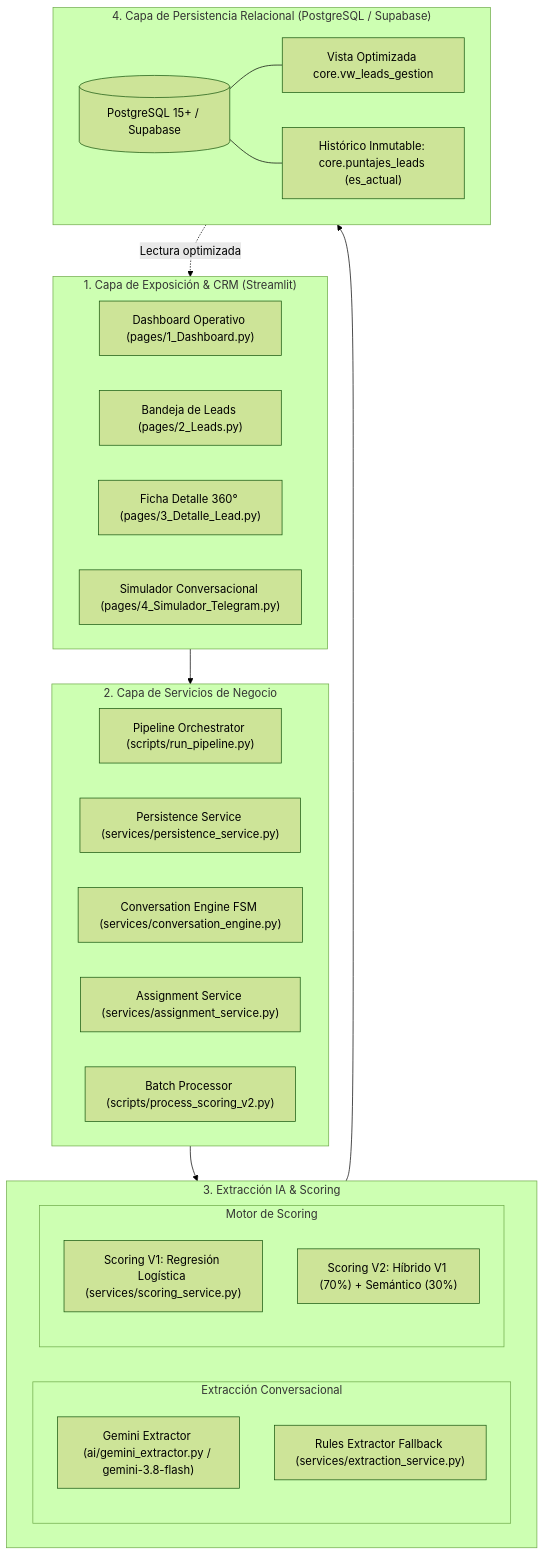
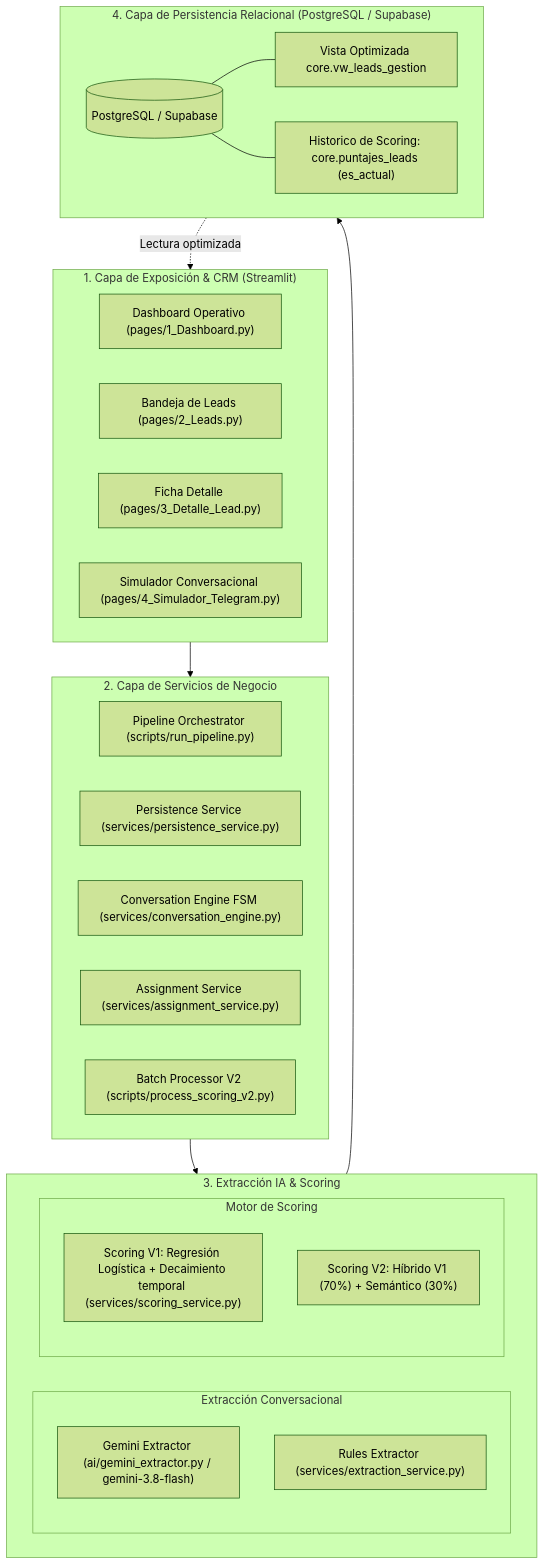
Before and after one commit to c-c23/motos-AI: the first of 5 diagrams in README.md, drawn with Mermaid (forest theme). The commit also changed other lines of this file and 2 other files, not shown here.

````diff
--- a/README.md
+++ b/README.md
@@ -71,41 +71,41 @@
 ```mermaid
 flowchart TD
     subgraph UI["1. Capa de Exposición & CRM (Streamlit)"]
         DASH["Dashboard Operativo (pages/1_Dashboard.py)"]
         QUEUE["Bandeja de Leads (pages/2_Leads.py)"]
-        DET["Ficha Detalle 360° (pages/3_Detalle_Lead.py)"]
+        DET["Ficha Detalle (pages/3_Detalle_Lead.py)"]
         SIM["Simulador Conversacional (pages/4_Simulador_Telegram.py)"]
     end
 
     subgraph SERVICES["2. Capa de Servicios de Negocio"]
         ORCH["Pipeline Orchestrator (scripts/run_pipeline.py)"]
         PERSIST["Persistence Service (services/persistence_service.py)"]
         CONV_ENG["Conversation Engine FSM (services/conversation_engine.py)"]
         ASG_SRV["Assignment Service (services/assignment_service.py)"]
-        BATCH_V2["Batch Processor (scripts/process_scoring_v2.py)"]
+        BATCH_V2["Batch Processor V2 (scripts/process_scoring_v2.py)"]
     end
 
     subgraph INTELLIGENCE["3. Extracción IA & Scoring"]
         subgraph EXTRACTION["Extracción Conversacional"]
             GEMINI["Gemini Extractor (ai/gemini_extractor.py / gemini-3.8-flash)"]
-            RULES_EXT["Rules Extractor Fallback (services/extraction_service.py)"]
+            RULES_EXT["Rules Extractor (services/extraction_service.py)"]
         end
         subgraph SCORING["Motor de Scoring"]
-            SCORE_V1["Scoring V1: Regresión Logística (services/scoring_service.py)"]
+            SCORE_V1["Scoring V1: Regresión Logística + Decaimiento temporal (services/scoring_service.py)"]
             SCORE_V2["Scoring V2: Híbrido V1 (70%) + Semántico (30%)"]
         end
     end
 
     subgraph STORAGE["4. Capa de Persistencia Relacional (PostgreSQL / Supabase)"]
-        DB[(PostgreSQL 15+ / Supabase)]
+        DB[(PostgreSQL / Supabase)]
         VW["Vista Optimizada core.vw_leads_gestion"]
-        AUDIT["Histórico Inmutable: core.puntajes_leads (es_actual)"]
+        AUDIT["Historico de Scoring: core.puntajes_leads (es_actual)"]
         DB --- VW
         DB --- AUDIT
     end
 
     UI --> SERVICES
     SERVICES --> INTELLIGENCE
     INTELLIGENCE --> STORAGE
     STORAGE -. Lectura optimizada .-> UI
 ```
````
